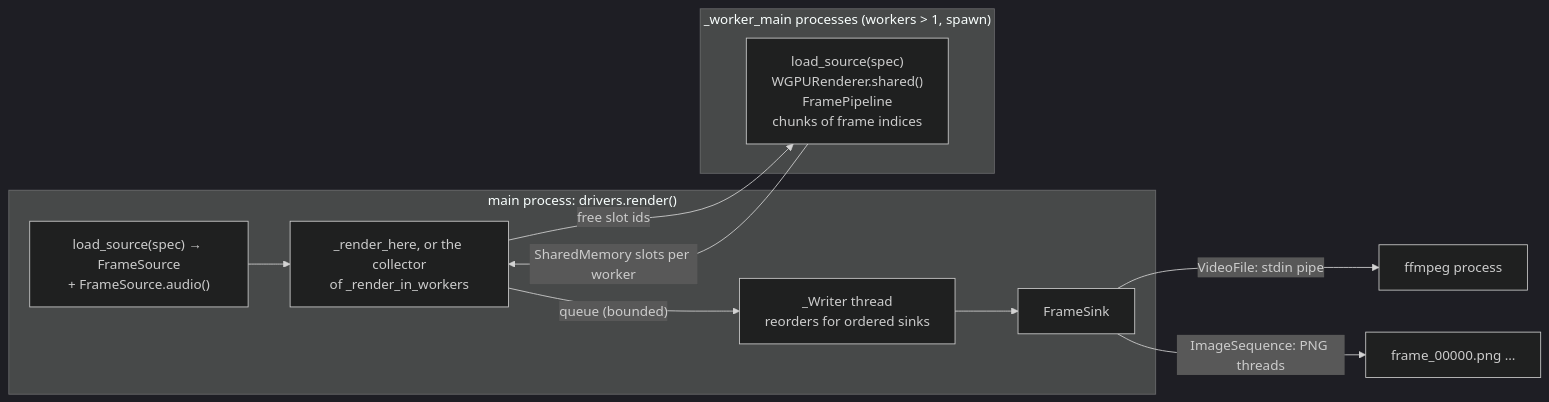
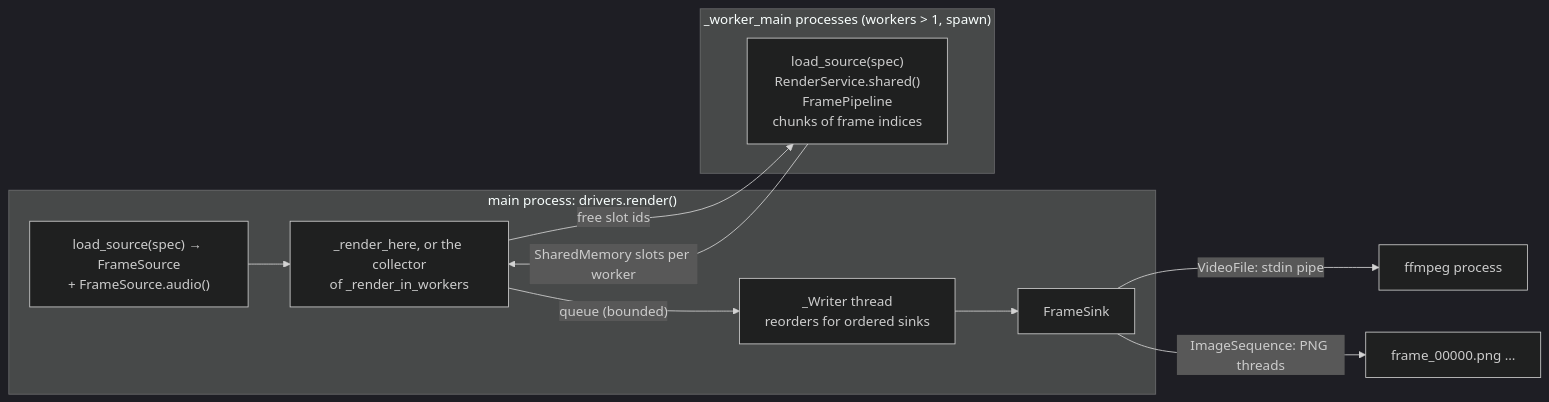
The eighth of 9 diagrams in manimx/ARCHITECTURE.md (MrDiver/manim), drawn with Mermaid (dark theme) before and after one commit. The commit also changed other lines of this file and 31 other files, not shown here.

````diff
--- a/manimx/ARCHITECTURE.md
+++ b/manimx/ARCHITECTURE.md
@@ -594,15 +633,15 @@
 ```mermaid
 flowchart LR
     subgraph Main["main process: drivers.render()"]
         L["load_source(spec) → FrameSource<br/>+ FrameSource.audio()"] --> Loop
         Loop["_render_here, or the collector<br/>of _render_in_workers"] -->|"queue (bounded)"| Wt["_Writer thread<br/>reorders for ordered sinks"]
         Wt --> Sink["FrameSink"]
     end
     Sink -->|"VideoFile: stdin pipe"| FF["ffmpeg process"]
     Sink -->|"ImageSequence: PNG threads"| Files["frame_00000.png …"]
     subgraph Workers["_worker_main processes (workers > 1, spawn)"]
-        W1["load_source(spec)<br/>WGPURenderer.shared()<br/>FramePipeline<br/>chunks of frame indices"]
+        W1["load_source(spec)<br/>RenderService.shared()<br/>FramePipeline<br/>chunks of frame indices"]
     end
     W1 -->|"SharedMemory slots per worker"| Loop
     Loop -->|"free slot ids"| W1
 ```
````
